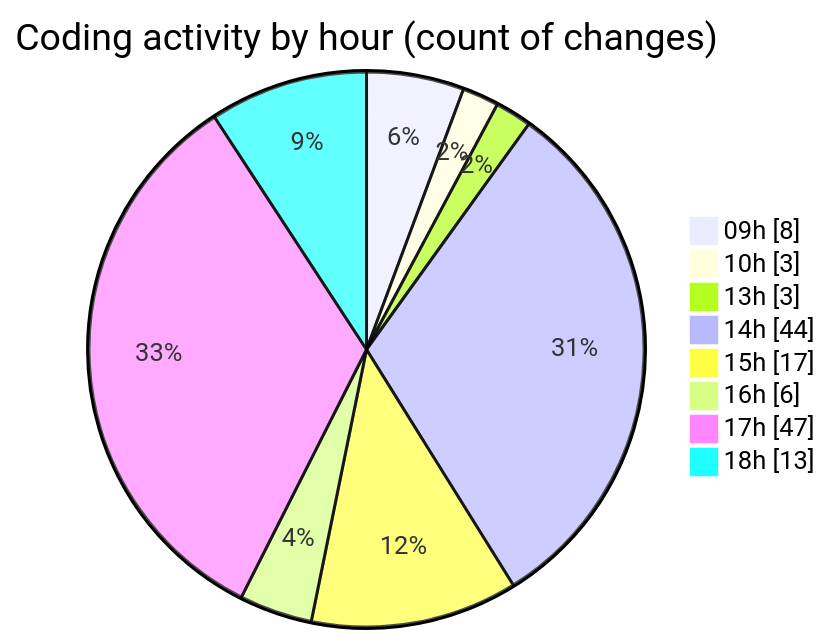
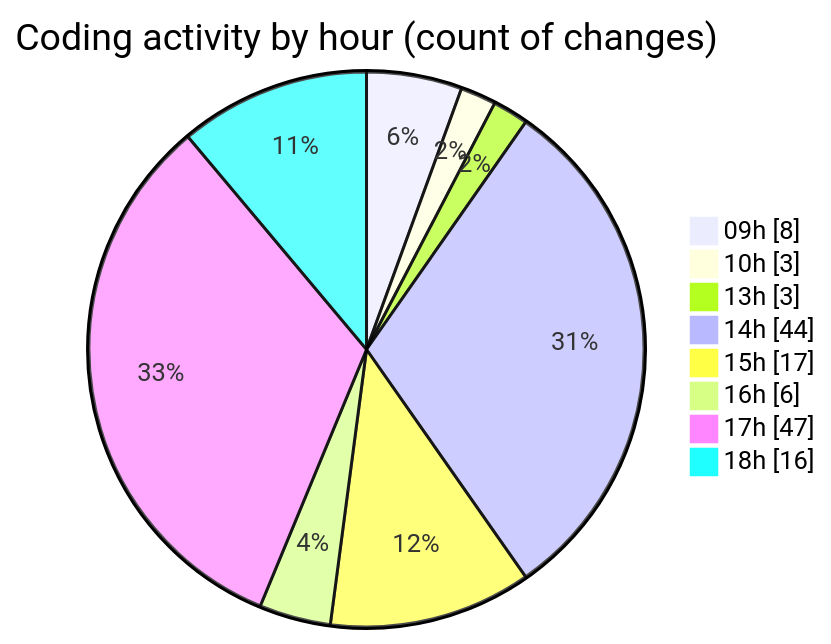
The second of 2 diagrams in 2026-04-09/cda/README.md (momahboobian/code-tracking), drawn with Mermaid before and after one commit. The commit also changed other lines of this file and 1 other file, not shown here.

````diff
--- a/2026-04-09/cda/README.md
+++ b/2026-04-09/cda/README.md
@@ -44,12 +44,12 @@
 ```mermaid
 pie showData
 title Coding activity by hour (count of changes)
 "09h" : 8
 "10h" : 3
 "13h" : 3
 "14h" : 44
 "15h" : 17
 "16h" : 6
 "17h" : 47
-"18h" : 13
+"18h" : 16
 ```
````
